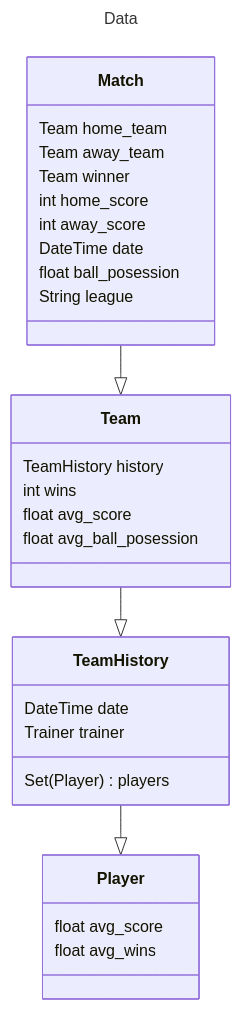
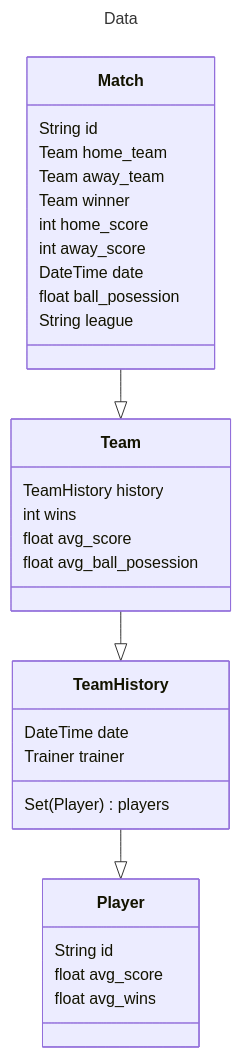
Before and after one commit to confusedlama/em_predictor: the diagram in data.md, drawn with Mermaid.

Commit message:
update uml diagram

````diff
--- a/data.md
+++ b/data.md
@@ -1,39 +1,41 @@
 ```mermaid
 ---
 title: Data
 ---
 classDiagram
 
 Match --|> Team
 Team --|> TeamHistory
 TeamHistory --|> Player
 
 class Match{
+    String id
     Team home_team
     Team away_team
     Team winner
     int home_score
     int away_score
     DateTime date
     float ball_posession
     String league
 }
 
 class Team{
     TeamHistory history
     int wins
     float avg_score
     float avg_ball_posession
 }
 
 class TeamHistory{
     DateTime date
     Set(Player) players
     Trainer trainer
 }
 
 class Player{
+    String id
     float avg_score
     float avg_wins
 }
 ```
````
